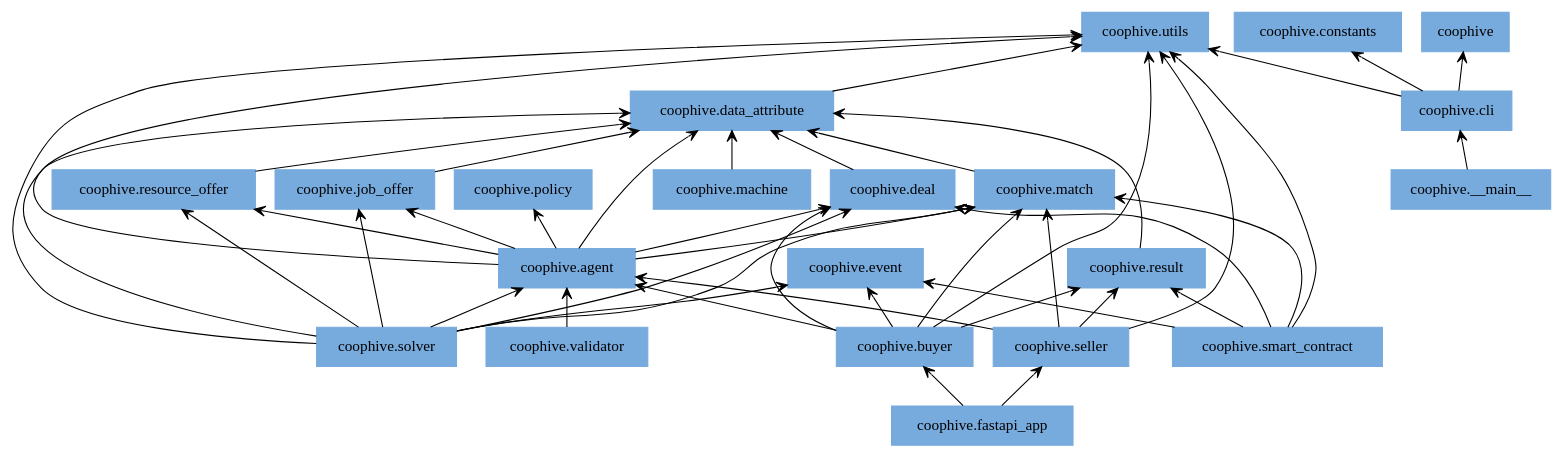
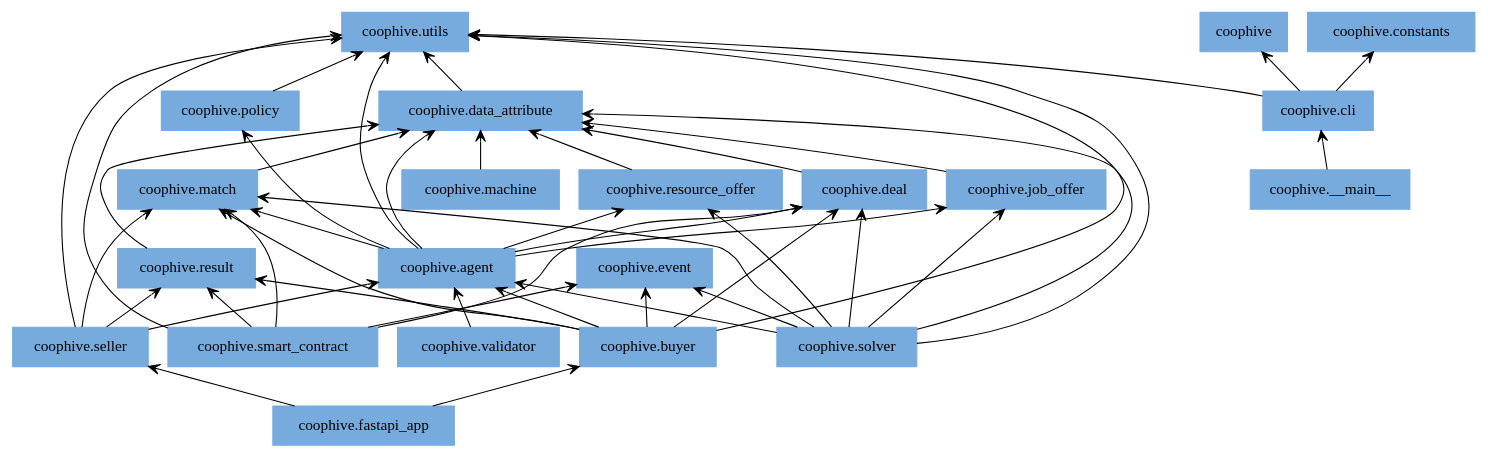
Before and after one commit to CoopHive/Apiary: the diagram in docs/img/packages_coophive.dot, drawn with Graphviz. The commit also changed 5 other files, not shown here.

```diff
--- a/docs/img/packages_coophive.dot
+++ b/docs/img/packages_coophive.dot
@@ -1,69 +1,70 @@
 digraph "packages_coophive" {
 rankdir=BT
 charset="utf-8"
 "coophive" [color="#77AADD", label=<coophive>, shape="box", style="filled"];
 "coophive.__main__" [color="#77AADD", label=<coophive.__main__>, shape="box", style="filled"];
 "coophive.agent" [color="#77AADD", label=<coophive.agent>, shape="box", style="filled"];
 "coophive.buyer" [color="#77AADD", label=<coophive.buyer>, shape="box", style="filled"];
 "coophive.cli" [color="#77AADD", label=<coophive.cli>, shape="box", style="filled"];
 "coophive.constants" [color="#77AADD", label=<coophive.constants>, shape="box", style="filled"];
 "coophive.data_attribute" [color="#77AADD", label=<coophive.data_attribute>, shape="box", style="filled"];
 "coophive.deal" [color="#77AADD", label=<coophive.deal>, shape="box", style="filled"];
 "coophive.event" [color="#77AADD", label=<coophive.event>, shape="box", style="filled"];
 "coophive.fastapi_app" [color="#77AADD", label=<coophive.fastapi_app>, shape="box", style="filled"];
 "coophive.job_offer" [color="#77AADD", label=<coophive.job_offer>, shape="box", style="filled"];
 "coophive.machine" [color="#77AADD", label=<coophive.machine>, shape="box", style="filled"];
 "coophive.match" [color="#77AADD", label=<coophive.match>, shape="box", style="filled"];
 "coophive.policy" [color="#77AADD", label=<coophive.policy>, shape="box", style="filled"];
 "coophive.resource_offer" [color="#77AADD", label=<coophive.resource_offer>, shape="box", style="filled"];
 "coophive.result" [color="#77AADD", label=<coophive.result>, shape="box", style="filled"];
 "coophive.seller" [color="#77AADD", label=<coophive.seller>, shape="box", style="filled"];
 "coophive.smart_contract" [color="#77AADD", label=<coophive.smart_contract>, shape="box", style="filled"];
 "coophive.solver" [color="#77AADD", label=<coophive.solver>, shape="box", style="filled"];
 "coophive.utils" [color="#77AADD", label=<coophive.utils>, shape="box", style="filled"];
 "coophive.validator" [color="#77AADD", label=<coophive.validator>, shape="box", style="filled"];
 "coophive.__main__" -> "coophive.cli" [arrowhead="open", arrowtail="none"];
 "coophive.agent" -> "coophive.data_attribute" [arrowhead="open", arrowtail="none"];
 "coophive.agent" -> "coophive.deal" [arrowhead="open", arrowtail="none"];
 "coophive.agent" -> "coophive.job_offer" [arrowhead="open", arrowtail="none"];
 "coophive.agent" -> "coophive.match" [arrowhead="open", arrowtail="none"];
 "coophive.agent" -> "coophive.policy" [arrowhead="open", arrowtail="none"];
 "coophive.agent" -> "coophive.resource_offer" [arrowhead="open", arrowtail="none"];
 "coophive.agent" -> "coophive.utils" [arrowhead="open", arrowtail="none"];
 "coophive.buyer" -> "coophive.agent" [arrowhead="open", arrowtail="none"];
 "coophive.buyer" -> "coophive.deal" [arrowhead="open", arrowtail="none"];
 "coophive.buyer" -> "coophive.event" [arrowhead="open", arrowtail="none"];
 "coophive.buyer" -> "coophive.match" [arrowhead="open", arrowtail="none"];
 "coophive.buyer" -> "coophive.result" [arrowhead="open", arrowtail="none"];
 "coophive.buyer" -> "coophive.utils" [arrowhead="open", arrowtail="none"];
 "coophive.cli" -> "coophive" [arrowhead="open", arrowtail="none"];
 "coophive.cli" -> "coophive.constants" [arrowhead="open", arrowtail="none"];
 "coophive.cli" -> "coophive.utils" [arrowhead="open", arrowtail="none"];
 "coophive.data_attribute" -> "coophive.utils" [arrowhead="open", arrowtail="none"];
 "coophive.deal" -> "coophive.data_attribute" [arrowhead="open", arrowtail="none"];
 "coophive.fastapi_app" -> "coophive.buyer" [arrowhead="open", arrowtail="none"];
 "coophive.fastapi_app" -> "coophive.seller" [arrowhead="open", arrowtail="none"];
 "coophive.job_offer" -> "coophive.data_attribute" [arrowhead="open", arrowtail="none"];
 "coophive.machine" -> "coophive.data_attribute" [arrowhead="open", arrowtail="none"];
 "coophive.match" -> "coophive.data_attribute" [arrowhead="open", arrowtail="none"];
+"coophive.policy" -> "coophive.utils" [arrowhead="open", arrowtail="none"];
 "coophive.resource_offer" -> "coophive.data_attribute" [arrowhead="open", arrowtail="none"];
 "coophive.result" -> "coophive.data_attribute" [arrowhead="open", arrowtail="none"];
 "coophive.seller" -> "coophive.agent" [arrowhead="open", arrowtail="none"];
 "coophive.seller" -> "coophive.match" [arrowhead="open", arrowtail="none"];
 "coophive.seller" -> "coophive.result" [arrowhead="open", arrowtail="none"];
 "coophive.seller" -> "coophive.utils" [arrowhead="open", arrowtail="none"];
 "coophive.smart_contract" -> "coophive.deal" [arrowhead="open", arrowtail="none"];
 "coophive.smart_contract" -> "coophive.event" [arrowhead="open", arrowtail="none"];
 "coophive.smart_contract" -> "coophive.match" [arrowhead="open", arrowtail="none"];
 "coophive.smart_contract" -> "coophive.result" [arrowhead="open", arrowtail="none"];
 "coophive.smart_contract" -> "coophive.utils" [arrowhead="open", arrowtail="none"];
 "coophive.solver" -> "coophive.agent" [arrowhead="open", arrowtail="none"];
 "coophive.solver" -> "coophive.data_attribute" [arrowhead="open", arrowtail="none"];
 "coophive.solver" -> "coophive.deal" [arrowhead="open", arrowtail="none"];
 "coophive.solver" -> "coophive.event" [arrowhead="open", arrowtail="none"];
 "coophive.solver" -> "coophive.job_offer" [arrowhead="open", arrowtail="none"];
 "coophive.solver" -> "coophive.match" [arrowhead="open", arrowtail="none"];
 "coophive.solver" -> "coophive.resource_offer" [arrowhead="open", arrowtail="none"];
 "coophive.solver" -> "coophive.utils" [arrowhead="open", arrowtail="none"];
 "coophive.validator" -> "coophive.agent" [arrowhead="open", arrowtail="none"];
 }
```
